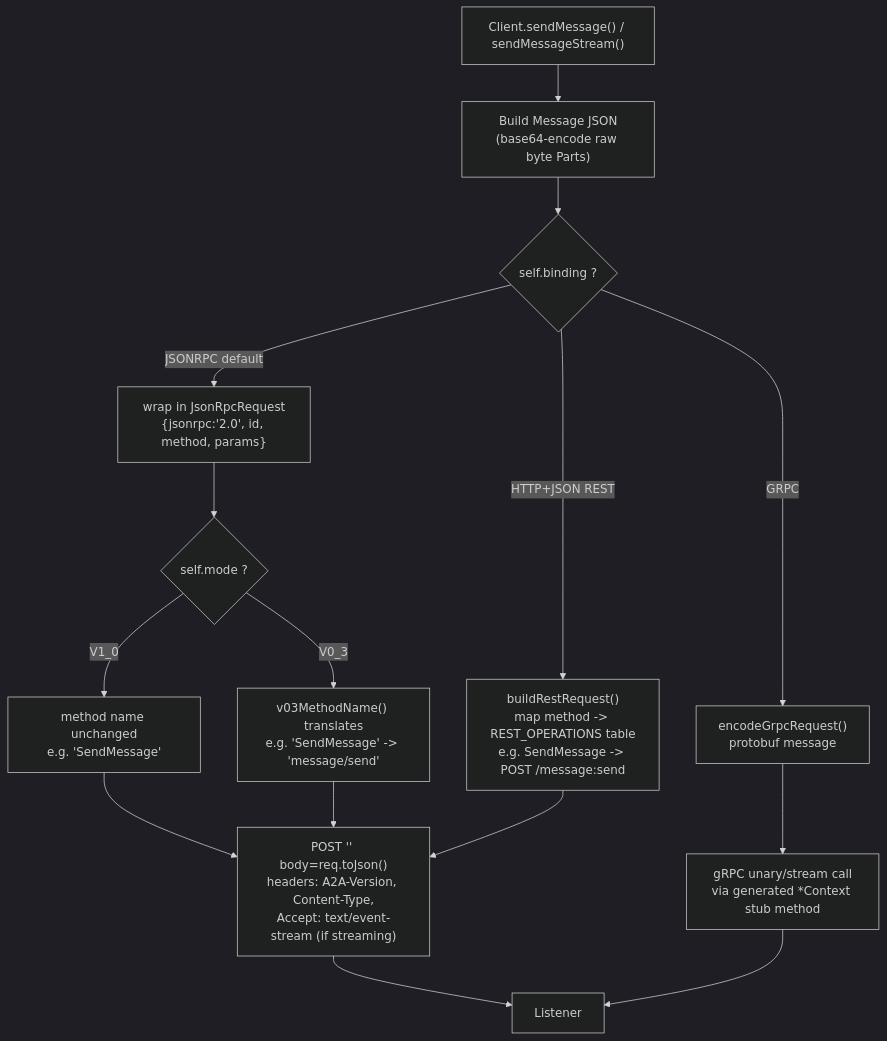
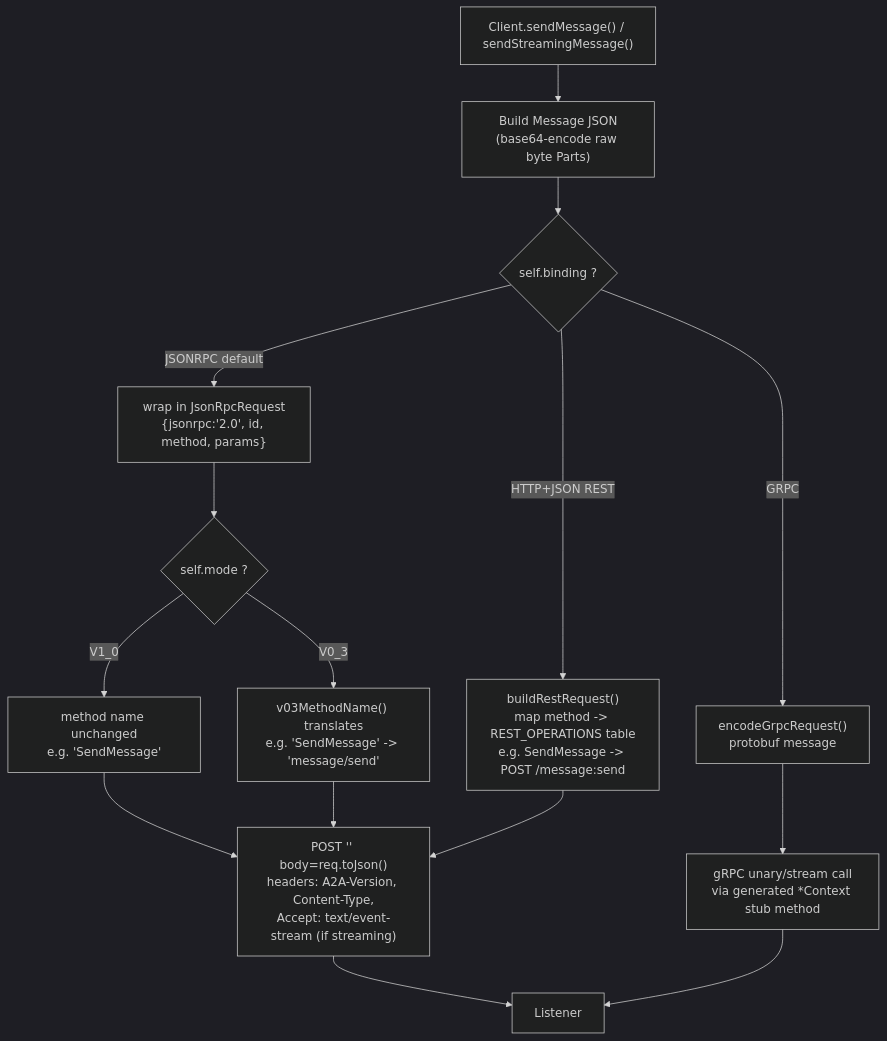
Before and after one commit to Anuja-jayasinghe/a2a-interop-tests: the second of 5 diagrams in docs/A2A_CLIENT_LISTENER_LIFECYCLE.md, drawn with Mermaid (dark theme). The commit also changed other lines of this file and 20 other files, not shown here.

First line of the commit message:
rename sendMessageStream to sendStreamingMessage to match a2a spec

````diff
--- a/docs/A2A_CLIENT_LISTENER_LIFECYCLE.md
+++ b/docs/A2A_CLIENT_LISTENER_LIFECYCLE.md
@@ -80,17 +80,17 @@
 ```mermaid
 flowchart TD
-    A["Client.sendMessage() / sendMessageStream()"] --> B["Build Message JSON\n(base64-encode raw byte Parts)"]
+    A["Client.sendMessage() / sendStreamingMessage()"] --> B["Build Message JSON\n(base64-encode raw byte Parts)"]
     B --> C{"self.binding ?"}
     C -->|JSONRPC default| D["wrap in JsonRpcRequest\n{jsonrpc:'2.0', id, method, params}"]
     C -->|HTTP+JSON REST| E["buildRestRequest()\nmap method -> REST_OPERATIONS table\ne.g. SendMessage -> POST /message:send"]
     C -->|GRPC| F["encodeGrpcRequest()\nprotobuf message"]
     D --> G{"self.mode ?"}
     G -->|V1_0| H["method name unchanged\ne.g. 'SendMessage'"]
     G -->|V0_3| I["v03MethodName() translates\ne.g. 'SendMessage' -> 'message/send'"]
     H --> J["POST '' body=req.toJson()\nheaders: A2A-Version, Content-Type,\nAccept: text/event-stream (if streaming)"]
     I --> J
     E --> J
     F --> K["gRPC unary/stream call\nvia generated *Context stub method"]
     J --> L["Listener"]
     K --> L
 ```
````
